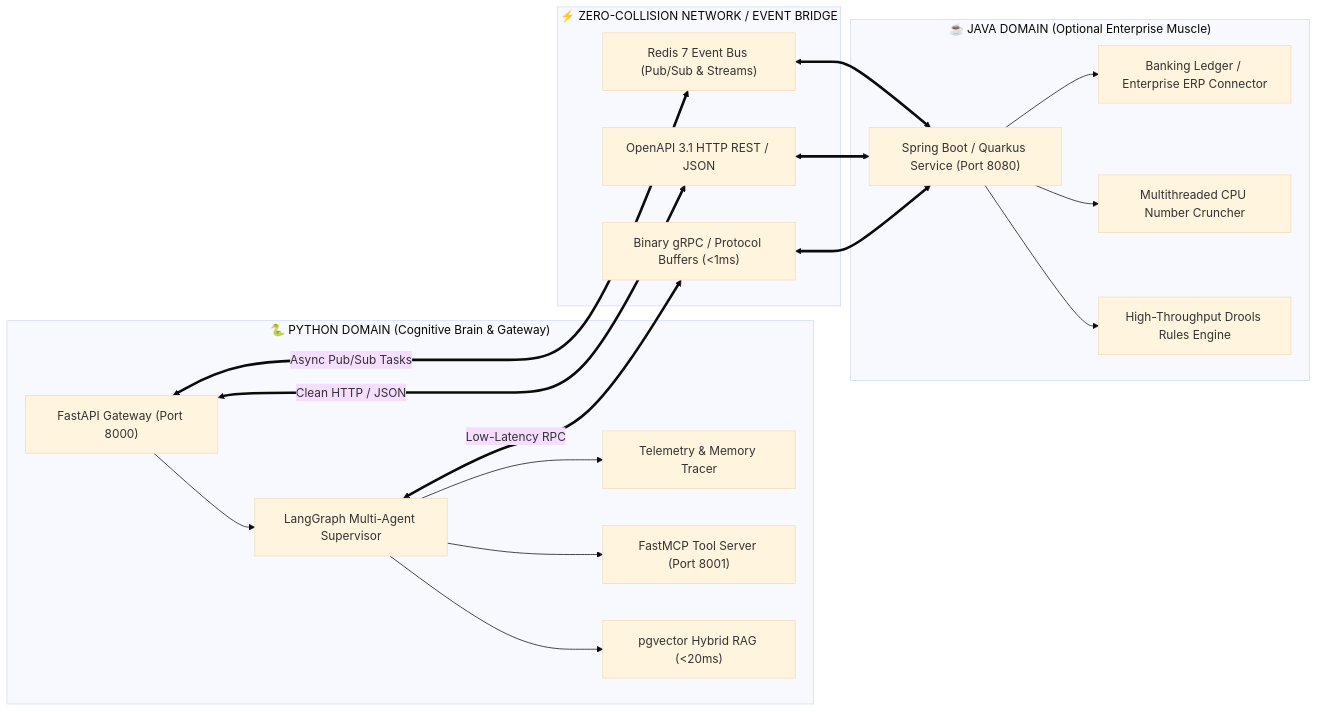
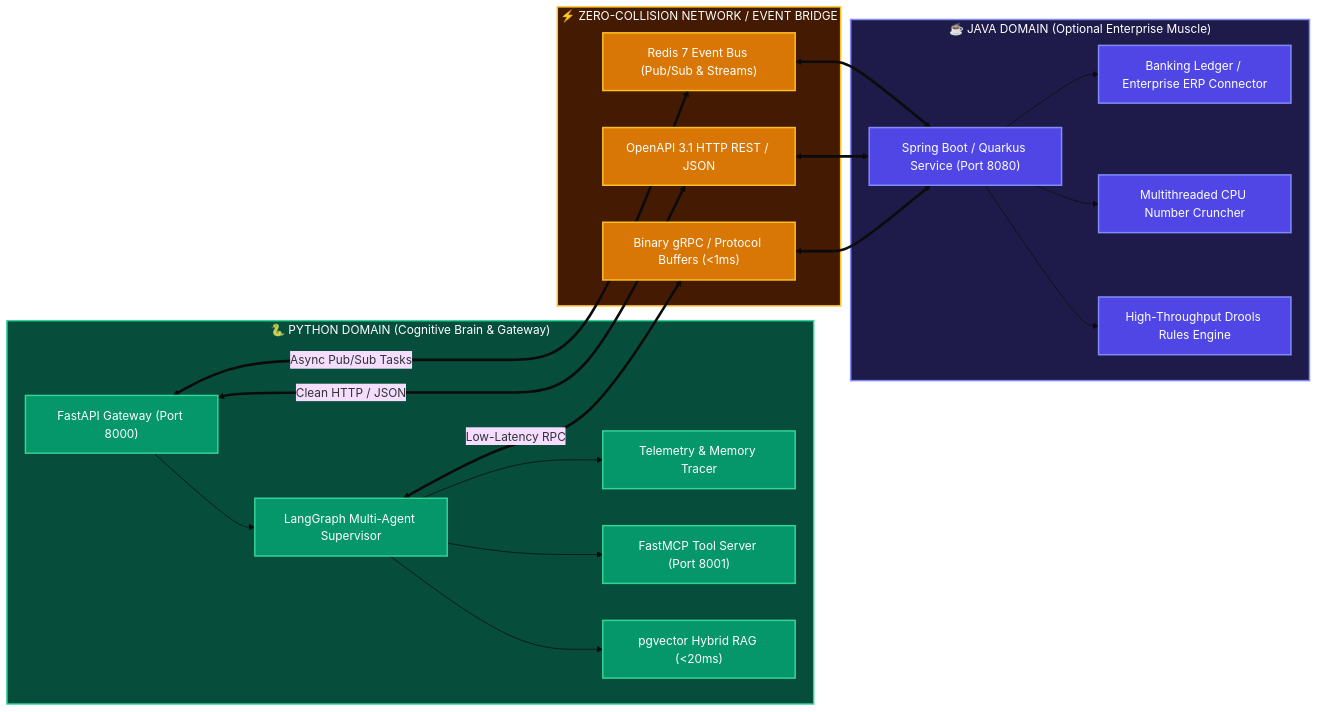
The second of 2 diagrams in docs/architecture/polyglot-zero-collision-guide.md (Sathvik1533/hackathon-strategy-framework), drawn with Mermaid (base theme) before and after one commit. The commit also changed other lines of this file and 6 other files, not shown here.

Commit message:
feat(docs): colorize and make all Mermaid architecture diagrams interactive across repo

````diff
--- a/docs/architecture/polyglot-zero-collision-guide.md
+++ b/docs/architecture/polyglot-zero-collision-guide.md
@@ -64,36 +69,51 @@
 ```mermaid
 flowchart LR
+    classDef py fill:#059669,stroke:#34d399,stroke-width:2px,color:#ffffff;
+    classDef bridge fill:#d97706,stroke:#fbbf24,stroke-width:2px,color:#ffffff;
+    classDef jv fill:#4f46e5,stroke:#818cf8,stroke-width:2px,color:#ffffff;
+
     subgraph PythonDomain["🐍 PYTHON DOMAIN (Cognitive Brain & Gateway)"]
-        FastAPI["FastAPI Gateway (Port 8000)"]
-        LangGraph["LangGraph Multi-Agent Supervisor"]
-        pgvector["pgvector Hybrid RAG (<20ms)"]
-        FastMCP["FastMCP Tool Server (Port 8001)"]
-        Telemetry["Telemetry & Memory Tracer"]
+        FastAPI["FastAPI Gateway (Port 8000)"]:::py
+        LangGraph["LangGraph Multi-Agent Supervisor"]:::py
+        pgvector["pgvector Hybrid RAG (<20ms)"]:::py
+        FastMCP["FastMCP Tool Server (Port 8001)"]:::py
+        Telemetry["Telemetry & Memory Tracer"]:::py
         
         FastAPI --> LangGraph
         LangGraph --> pgvector
         LangGraph --> FastMCP
         LangGraph --> Telemetry
     end
 
     subgraph ZeroCollisionBridge["⚡ ZERO-COLLISION NETWORK / EVENT BRIDGE"]
-        REST["OpenAPI 3.1 HTTP REST / JSON"]
-        gRPC["Binary gRPC / Protocol Buffers (<1ms)"]
-        EventBus["Redis 7 Event Bus (Pub/Sub & Streams)"]
+        REST["OpenAPI 3.1 HTTP REST / JSON"]:::bridge
+        gRPC["Binary gRPC / Protocol Buffers (<1ms)"]:::bridge
+        EventBus["Redis 7 Event Bus (Pub/Sub & Streams)"]:::bridge
     end
 
     subgraph JavaDomain["☕ JAVA DOMAIN (Optional Enterprise Muscle)"]
-        JavaEngine["Spring Boot / Quarkus Service (Port 8080)"]
-        RulesEngine["High-Throughput Drools Rules Engine"]
-        BatchCalc["Multithreaded CPU Number Cruncher"]
-        EnterpriseDB["Banking Ledger / Enterprise ERP Connector"]
+        JavaEngine["Spring Boot / Quarkus Service (Port 8080)"]:::jv
+        RulesEngine["High-Throughput Drools Rules Engine"]:::jv
+        BatchCalc["Multithreaded CPU Number Cruncher"]:::jv
+        EnterpriseDB["Banking Ledger / Enterprise ERP Connector"]:::jv
         
         JavaEngine --> RulesEngine
         JavaEngine --> BatchCalc
         JavaEngine --> EnterpriseDB
     end
 
     FastAPI <==>|Clean HTTP / JSON| REST <==> JavaEngine
     LangGraph <==>|Low-Latency RPC| gRPC <==> JavaEngine
     FastAPI <==>|Async Pub/Sub Tasks| EventBus <==> JavaEngine
+
+    style PythonDomain fill:#064e3b,stroke:#34d399,stroke-width:2px,color:#ffffff
+    style ZeroCollisionBridge fill:#451a03,stroke:#fbbf24,stroke-width:2px,color:#ffffff
+    style JavaDomain fill:#1e1b4b,stroke:#818cf8,stroke-width:2px,color:#ffffff
+
+    click FastAPI "../../backend/src/app/main.py" "View FastAPI Gateway"
+    click LangGraph "../../ai_layer/langgraph_supervisor.py" "View LangGraph Multi-Agent"
+    click pgvector "../../backend/src/app/db/repositories/document.py" "View pgvector RAG"
+    click FastMCP "../../ai_layer/fastmcp_server.py" "View FastMCP Server"
+    click Telemetry "../../.hsf/traces.jsonl" "View Telemetry Logs"
+    click REST "../../docs/openapi.json" "View OpenAPI Specification"
 ```
````
